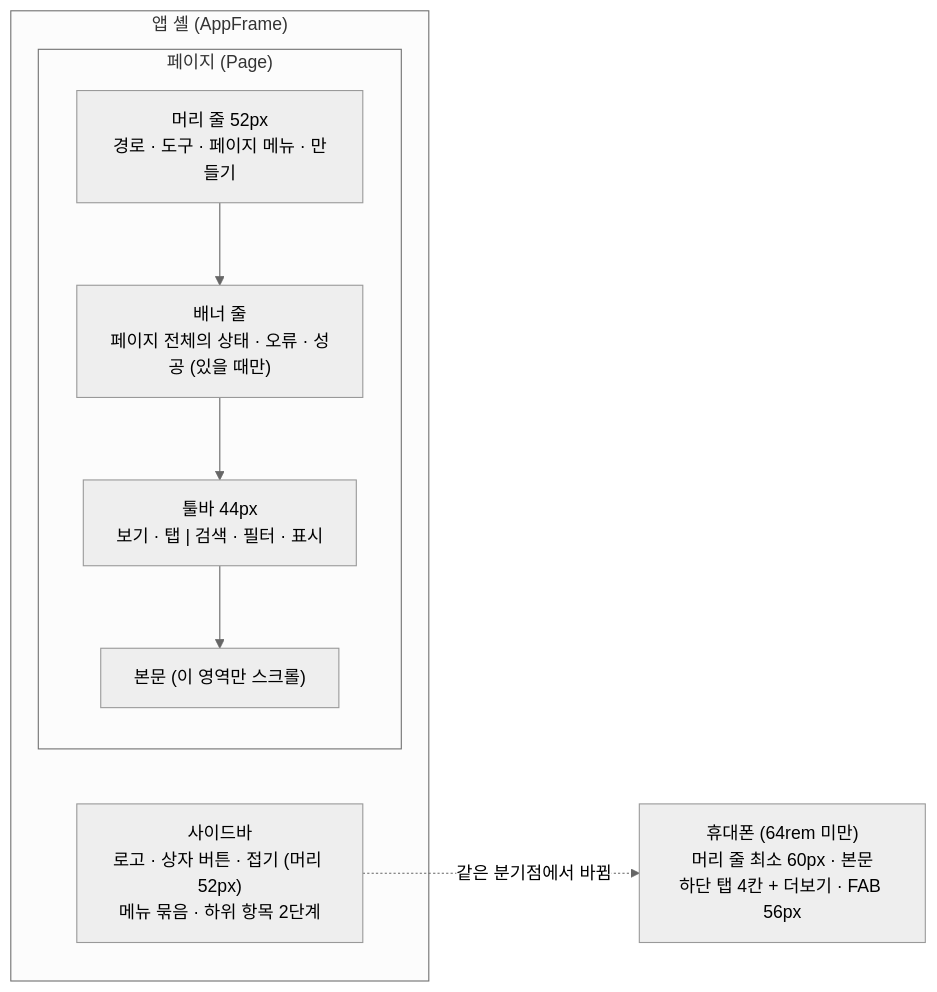
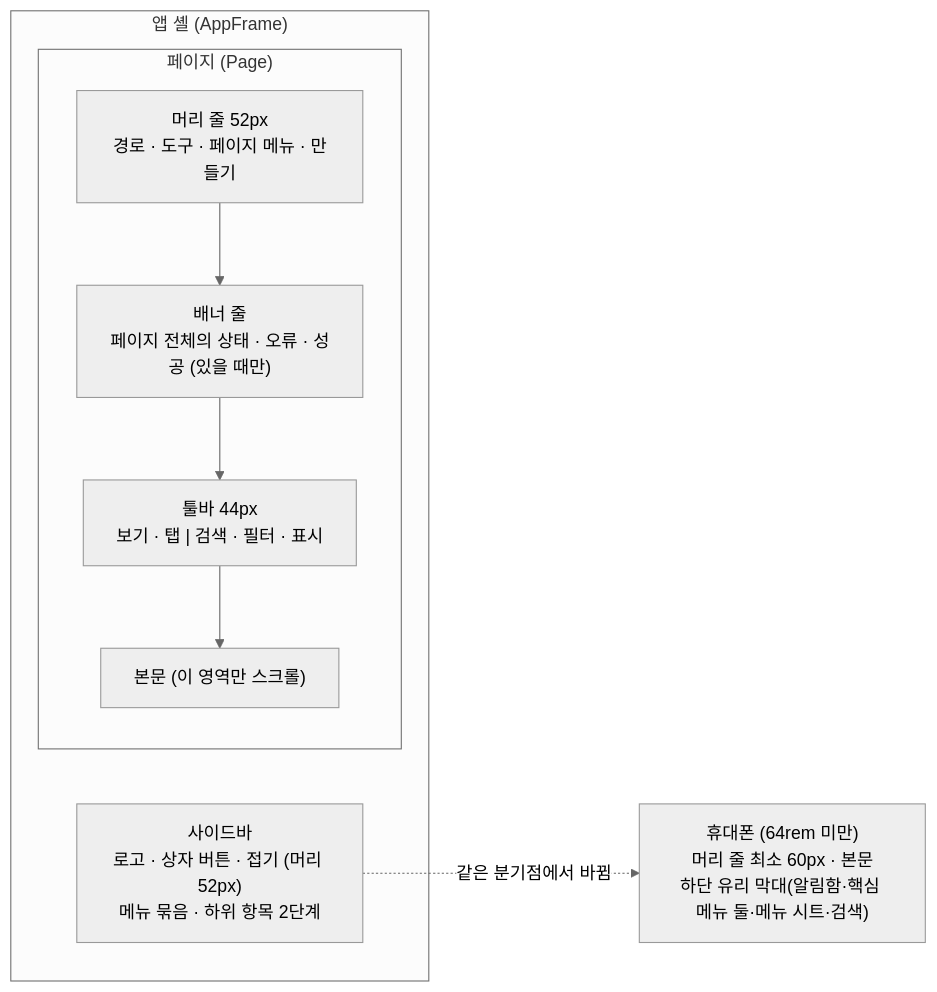
Before and after one commit to dev-goraebap/dev.goraebap: the fourth of 4 diagrams in apps/site/content/architecture/5.mdx, drawn with Mermaid (neutral theme). The commit also changed other lines of this file and 745 other files, not shown here.

````diff
--- a/apps/site/content/architecture/5.mdx
+++ b/apps/site/content/architecture/5.mdx
@@ -140,17 +140,17 @@
 ```mermaid
 flowchart LR
     subgraph SHELL["앱 셸 (AppFrame)"]
         SIDE["사이드바<br/>로고 · 상자 버튼 · 접기 (머리 52px)<br/>메뉴 묶음 · 하위 항목 2단계"]
 
         subgraph PAGE["페이지 (Page)"]
             HEAD["머리 줄 52px<br/>경로 · 도구 · 페이지 메뉴 · 만들기"]
             BANNER["배너 줄<br/>페이지 전체의 상태 · 오류 · 성공 (있을 때만)"]
             TOOLBAR["툴바 44px<br/>보기 · 탭 | 검색 · 필터 · 표시"]
             BODY["본문 (이 영역만 스크롤)"]
             HEAD --> BANNER --> TOOLBAR --> BODY
         end
     end
 
-    PHONE["휴대폰 (64rem 미만)<br/>머리 줄 최소 60px · 본문<br/>하단 탭 4칸 + 더보기 · FAB 56px"]
+    PHONE["휴대폰 (64rem 미만)<br/>머리 줄 최소 60px · 본문<br/>하단 유리 막대(알림함·핵심 메뉴 둘·메뉴 시트·검색)"]
     SIDE -. "같은 분기점에서 바뀜" .-> PHONE
 ```
````
